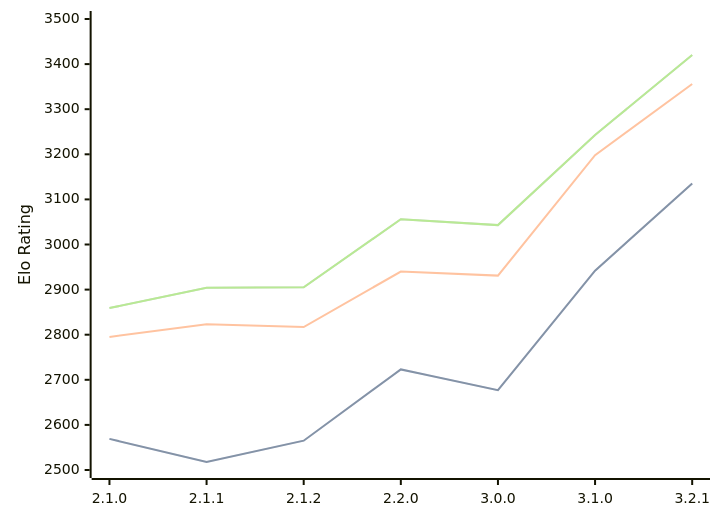
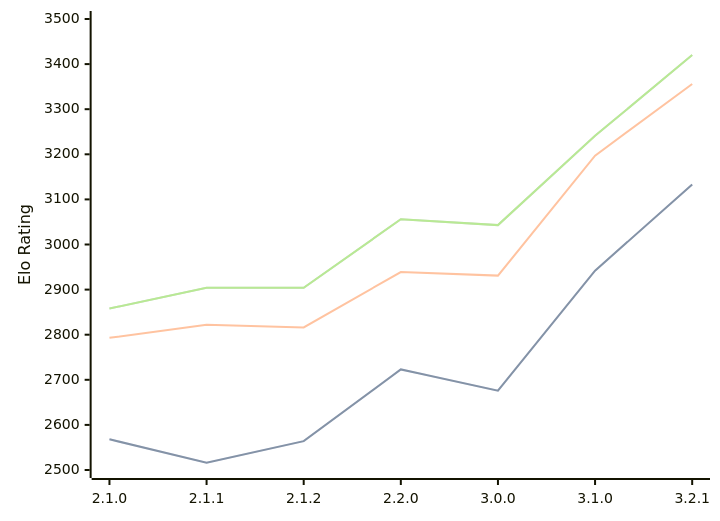
One commit to computer-chess-index/cci changed the diagram in engines/Prune.md. Above: the diagram before and after it, drawn with Mermaid. The commit also changed other lines of this file, not shown here.

Commit message:
Update CCI Ratings (ELO VLTC) - 2026-04-17

````diff
--- a/engines/Prune.md
+++ b/engines/Prune.md
@@ -42,11 +42,11 @@
 ```mermaid
 %%{init: {"theme":"base","themeVariables":{"seriesColors:['#a3a3a3','#222221','#faa371']}}}%%
 xychart-beta
   x-axis ["2.1.0", "2.1.1", "2.1.2", "2.2.0", "3.0.0", "3.1.0", "3.2.1"]
   y-axis "Elo Rating" 2500 --> 3500
-  line "STC (8.0+0.08s)" [2569, 2518, 2565, 2723, 2677, 2942, 3135]
-  line "STC (8.0+0.08s)" [2569, 2518, 2565, 2723, 2677, 2942, 3135]
-  line "LTC (60.0+0.60s)" [2795, 2823, 2817, 2940, 2931, 3198, 3356]
-  line "VLTC (2m24s+1.12s)" [2859, 2904, 2905, 3056, 3043, 3243, 3420]
-  line "VLTC (2m24s+1.12s)" [2859, 2904, 2905, 3056, 3043, 3243, 3420]
+  line "STC (8.0+0.08s)" [2568, 2516, 2564, 2723, 2676, 2942, 3133]
+  line "STC (8.0+0.08s)" [2568, 2516, 2564, 2723, 2676, 2942, 3133]
+  line "LTC (60.0+0.60s)" [2793, 2822, 2816, 2939, 2931, 3197, 3356]
+  line "VLTC (2m24s+1.12s)" [2858, 2904, 2904, 3056, 3043, 3241, 3420]
+  line "VLTC (2m24s+1.12s)" [2858, 2904, 2904, 3056, 3043, 3241, 3420]
 ```
````
